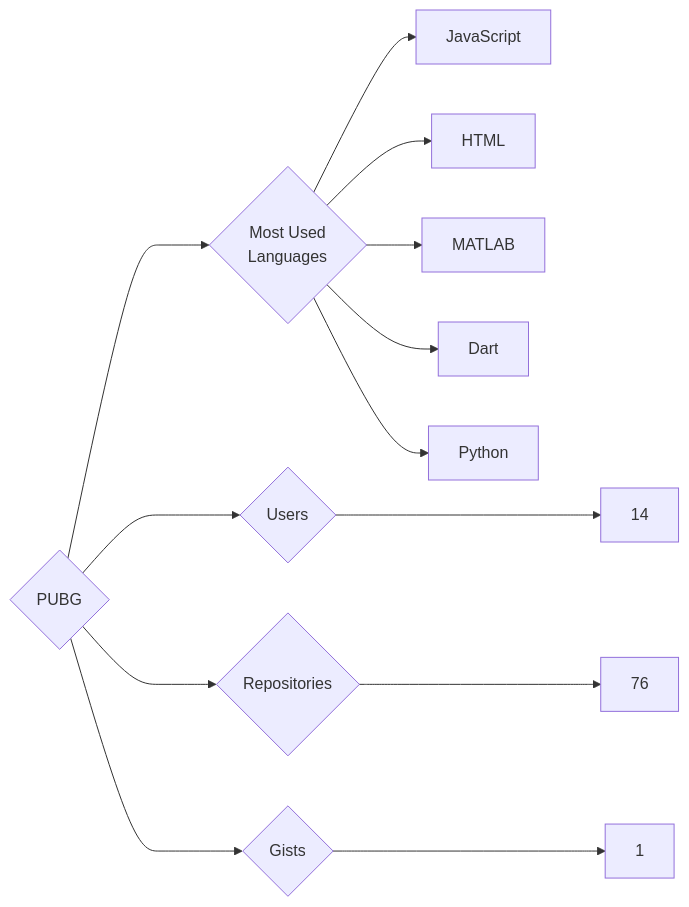
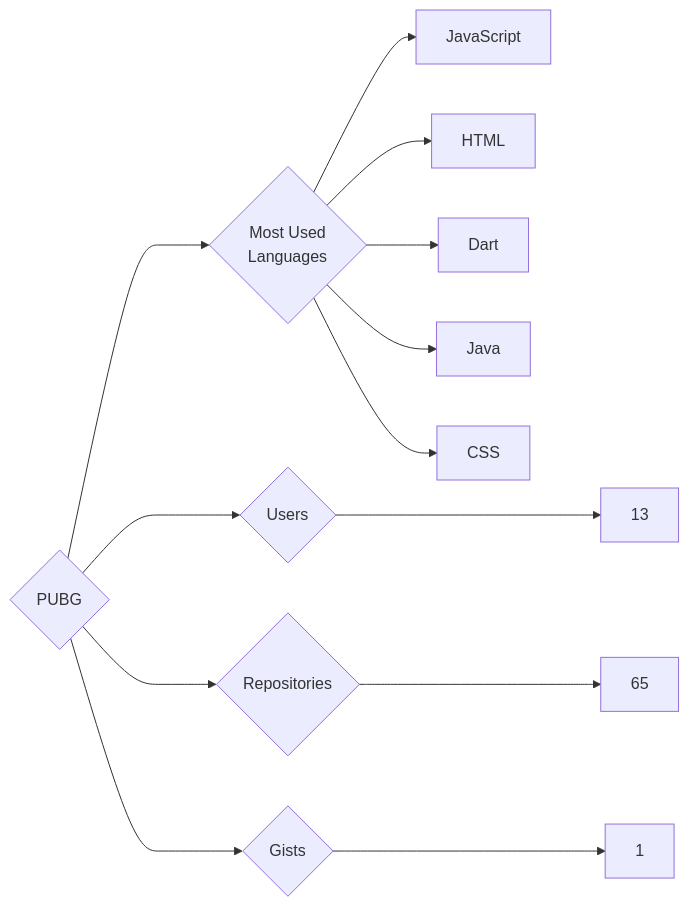
Before and after one commit to trickest/insiders: the diagram in targets/PUBG/README.md, drawn with Mermaid. The commit also changed 912 other files, not shown here.

````diff
--- a/targets/PUBG/README.md
+++ b/targets/PUBG/README.md
@@ -3,13 +3,13 @@
 ```mermaid
 graph LR
 COMPANY_NAME{PUBG}
-COMPANY_NAME ---> U{Users} ---> UN[14]
-COMPANY_NAME ---> R{Repositories} ---> RN[76]
+COMPANY_NAME ---> U{Users} ---> UN[13]
+COMPANY_NAME ---> R{Repositories} ---> RN[65]
 COMPANY_NAME ---> G{Gists} ---> GN[1]
 COMPANY_NAME ---> ML{Most Used<br>Languages}
 ML --> JavaScript[JavaScript]
 ML --> HTML[HTML]
-ML --> MATLAB[MATLAB]
 ML --> Dart[Dart]
-ML --> Python[Python]
+ML --> Java[Java]
+ML --> CSS[CSS]
 ```
````
